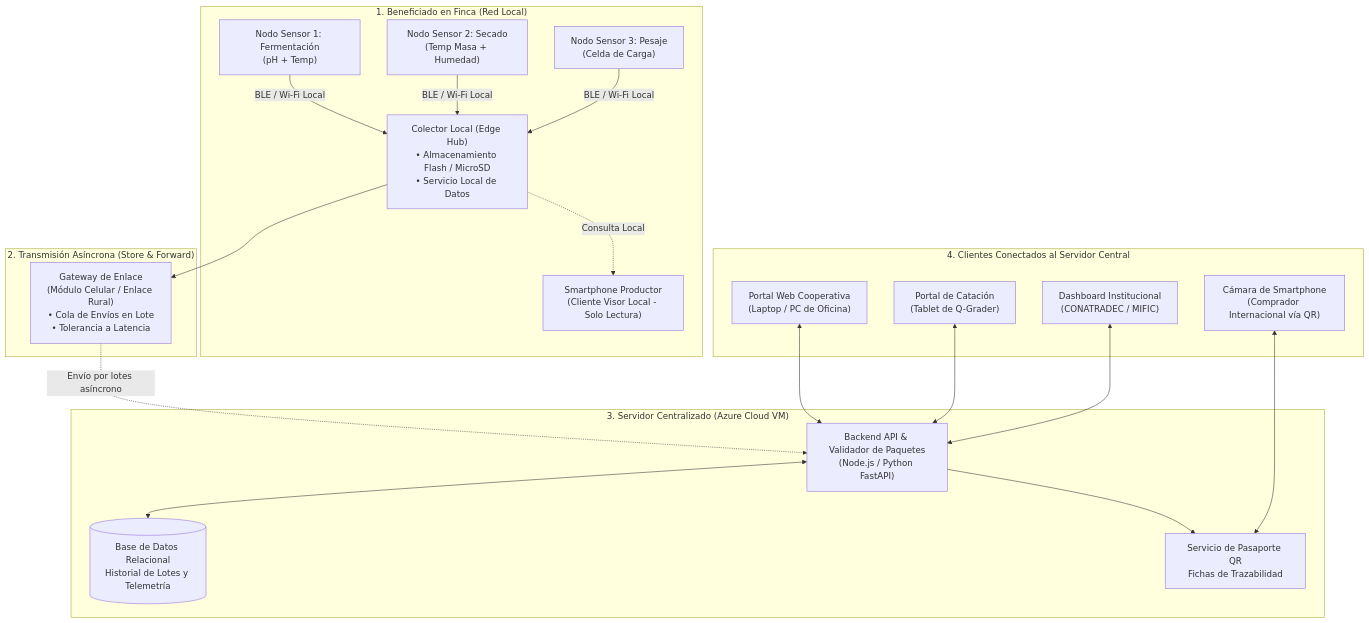
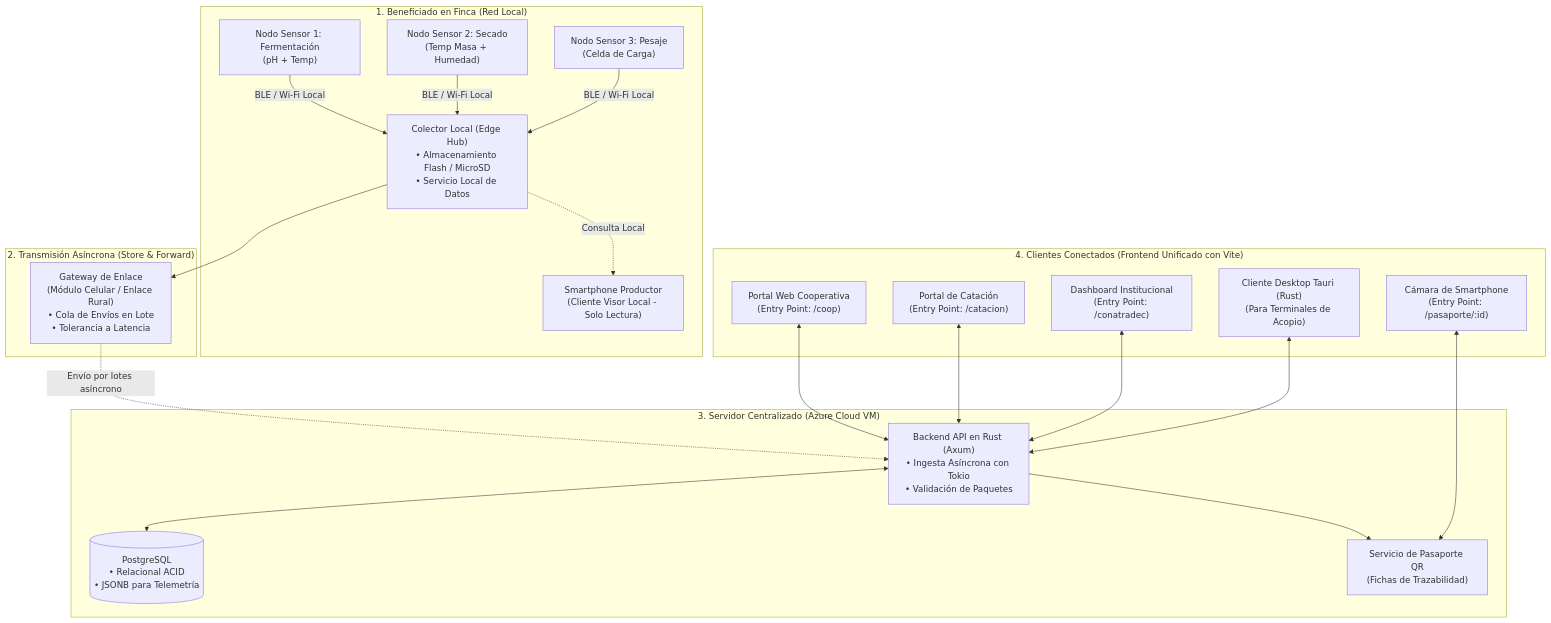
Before and after one commit to vect-maker/rally-nacional-2026-lubanic: the second of 2 diagrams in docs/users-and-architecture.md, drawn with Mermaid. The commit also changed other lines of this file, not shown here.

````diff
--- a/docs/users-and-architecture.md
+++ b/docs/users-and-architecture.md
@@ -97,43 +110,45 @@
 ```mermaid
 flowchart TD
     subgraph Finca ["1. Beneficiado en Finca (Red Local)"]
         S1["Nodo Sensor 1: Fermentación\n(pH + Temp)"]
         S2["Nodo Sensor 2: Secado\n(Temp Masa + Humedad)"]
         S3["Nodo Sensor 3: Pesaje\n(Celda de Carga)"]
         
         Collector["Colector Local (Edge Hub)\n• Almacenamiento Flash / MicroSD\n• Servicio Local de Datos"]
         VisorProductor["Smartphone Productor\n(Cliente Visor Local - Solo Lectura)"]
         
         S1 -- "BLE / Wi-Fi Local" --> Collector
         S2 -- "BLE / Wi-Fi Local" --> Collector
         S3 -- "BLE / Wi-Fi Local" --> Collector
         Collector -. "Consulta Local" .-> VisorProductor
     end
 
     subgraph EnlaceWAN ["2. Transmisión Asíncrona (Store & Forward)"]
         Gateway["Gateway de Enlace\n(Módulo Celular / Enlace Rural)\n• Cola de Envíos en Lote\n• Tolerancia a Latencia"]
         Collector --> Gateway
     end
 
     subgraph ServidorCentral ["3. Servidor Centralizado (Azure Cloud VM)"]
-        API["Backend API & Validador de Paquetes\n(Node.js / Python FastAPI)"]
-        BD[("Base de Datos Relacional\nHistorial de Lotes y Telemetría")]
-        QRService["Servicio de Pasaporte QR\nFichas de Trazabilidad"]
+        API["Backend API en Rust (Axum)\n• Ingesta Asíncrona con Tokio\n• Validación de Paquetes"]
+        BD[("PostgreSQL\n• Relacional ACID\n• JSONB para Telemetría")]
+        QRService["Servicio de Pasaporte QR\n(Fichas de Trazabilidad)"]
         
         Gateway -. "Envío por lotes asíncrono" .-> API
         API <--> BD
         API --> QRService
     end
 
-    subgraph ClientesEnNube ["4. Clientes Conectados al Servidor Central"]
-        CoopClient["Portal Web Cooperativa\n(Laptop / PC de Oficina)"]
-        QGraderClient["Portal de Catación\n(Tablet de Q-Grader)"]
-        GovClient["Dashboard Institucional\n(CONATRADEC / MIFIC)"]
-        BuyerClient["Cámara de Smartphone\n(Comprador Internacional vía QR)"]
+    subgraph ClientesEnNube ["4. Clientes Conectados (Frontend Unificado con Vite)"]
+        CoopClient["Portal Web Cooperativa\n(Entry Point: /coop)"]
+        QGraderClient["Portal de Catación\n(Entry Point: /catacion)"]
+        GovClient["Dashboard Institucional\n(Entry Point: /conatradec)"]
+        BuyerClient["Cámara de Smartphone\n(Entry Point: /pasaporte/:id)"]
+        TauriApp["Cliente Desktop Tauri (Rust)\n(Para Terminales de Acopio)"]
         
         CoopClient <--> API
         QGraderClient <--> API
         GovClient <--> API
         BuyerClient <--> QRService
+        TauriApp <--> API
     end
 ```
````
